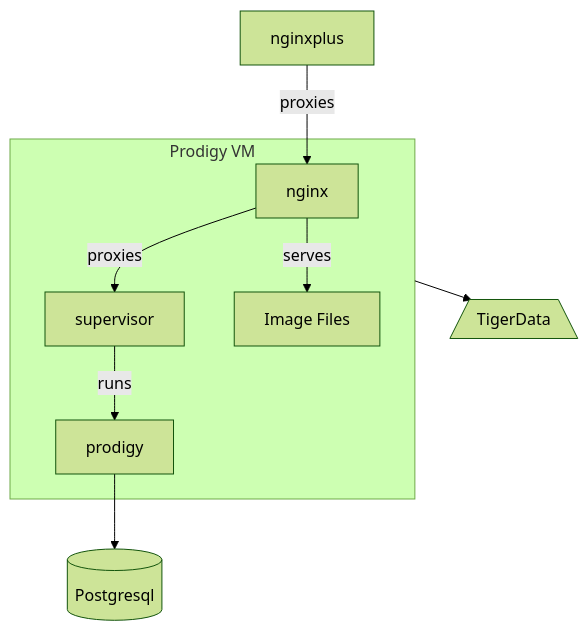
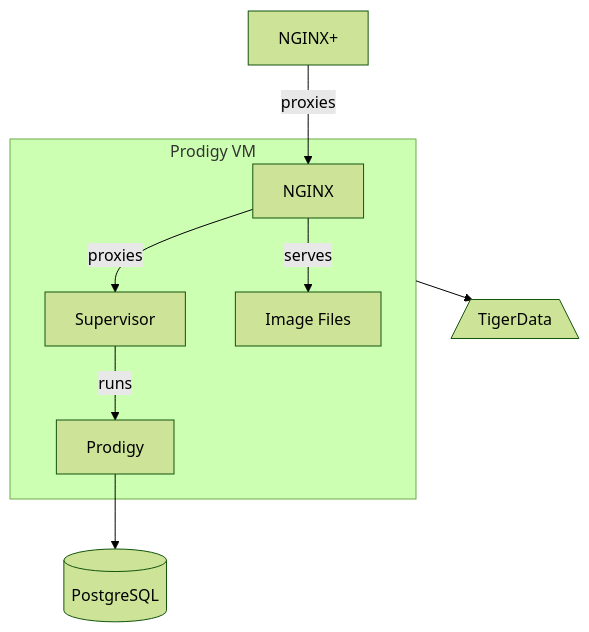
The diagram in docs/applications/prodigy.md (Princeton-CDH/cdh-ansible), drawn with Mermaid (forest theme) before and after one commit. The commit also changed other lines of this file and 1 other file, not shown here.

````diff
--- a/docs/applications/prodigy.md
+++ b/docs/applications/prodigy.md
@@ -12,11 +11,11 @@
 ```mermaid
 flowchart TD
-    nginxplus -- proxies --> nginx
+    nginxplus[NGINX+ ] -- proxies --> nginx
     subgraph prodigyvm [Prodigy VM]
-     nginx -- proxies --> supervisor
-     supervisor -- runs --> prodigy
+     nginx[NGINX] -- proxies --> Supervisor
+     Supervisor -- runs --> Prodigy
      nginx -- serves --> images[Image Files]
     end
     prodigyvm --> tigerdata[/TigerData\]
-    prodigy --> db[(Postgresql)]
+    Prodigy --> db[(PostgreSQL)]
 ```
````
